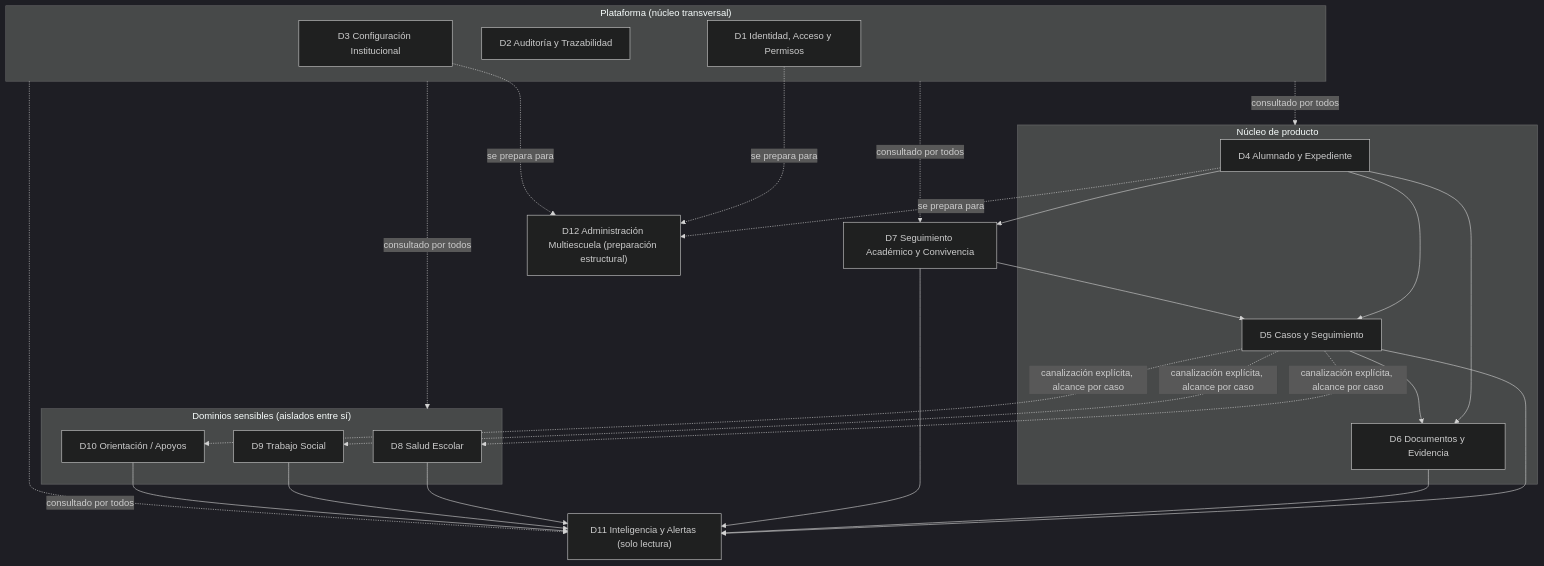
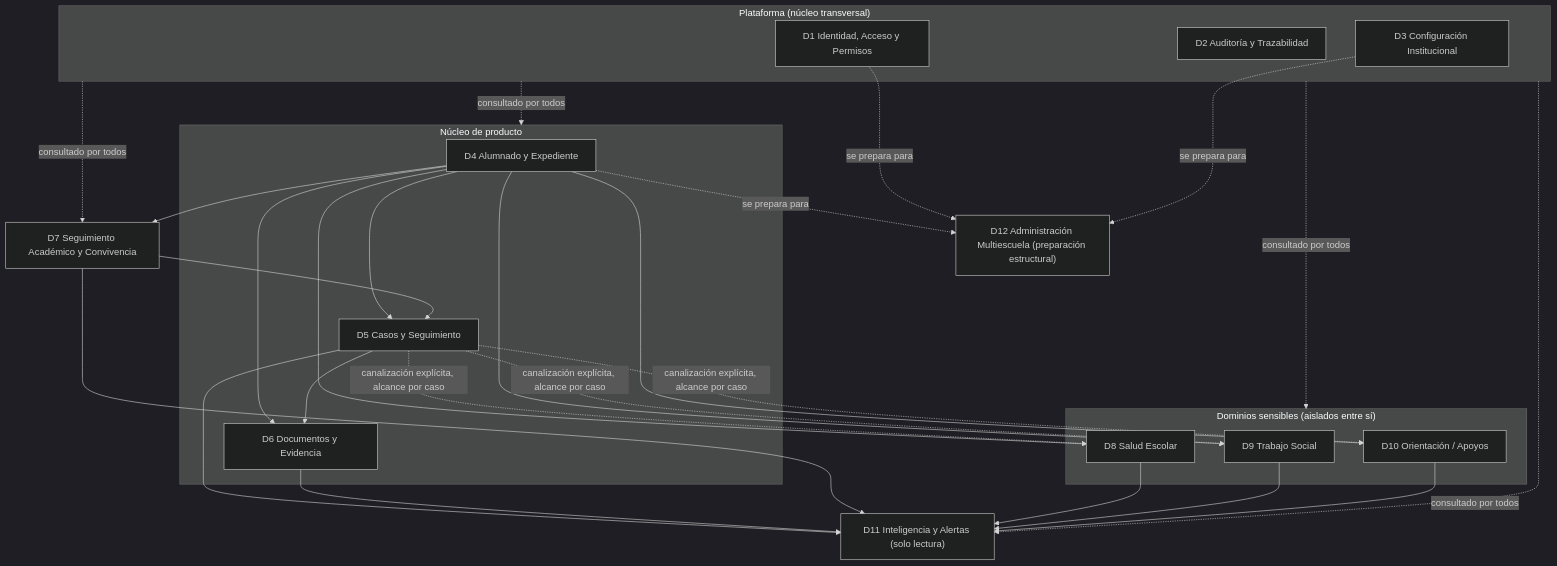
Before and after one commit to cyberbod2025/SASE-ZERO: the first of 2 diagrams in docs/architecture/LOGICAL_ARCHITECTURE.md, drawn with Mermaid (dark theme). The commit also changed other lines of this file, not shown here.

````diff
--- a/docs/architecture/LOGICAL_ARCHITECTURE.md
+++ b/docs/architecture/LOGICAL_ARCHITECTURE.md
@@ -80,50 +80,53 @@
 ```mermaid
 graph TD
     subgraph PLATAFORMA["Plataforma (núcleo transversal)"]
         D1["D1 Identidad, Acceso y Permisos"]
         D2["D2 Auditoría y Trazabilidad"]
         D3["D3 Configuración Institucional"]
     end
 
     subgraph NUCLEO["Núcleo de producto"]
         D4["D4 Alumnado y Expediente"]
         D5["D5 Casos y Seguimiento"]
         D6["D6 Documentos y Evidencia"]
     end
 
     D7["D7 Seguimiento Académico y Convivencia"]
 
     subgraph SENSIBLES["Dominios sensibles (aislados entre sí)"]
         D8["D8 Salud Escolar"]
         D9["D9 Trabajo Social"]
         D10["D10 Orientación / Apoyos"]
     end
 
     D11["D11 Inteligencia y Alertas (solo lectura)"]
     D12["D12 Administración Multiescuela (preparación estructural)"]
 
     D4 --> D5
     D4 --> D6
     D4 --> D7
+    D4 --> D8
+    D4 --> D9
+    D4 --> D10
     D5 --> D6
     D7 --> D5
 
     D5 -. canalización explícita, alcance por caso .-> D8
     D5 -. canalización explícita, alcance por caso .-> D9
     D5 -. canalización explícita, alcance por caso .-> D10
 
     D5 --> D11
     D6 --> D11
     D7 --> D11
     D8 --> D11
     D9 --> D11
     D10 --> D11
 
     PLATAFORMA -. consultado por todos .-> NUCLEO
     PLATAFORMA -. consultado por todos .-> D7
     PLATAFORMA -. consultado por todos .-> SENSIBLES
     PLATAFORMA -. consultado por todos .-> D11
     D1 -. se prepara para .-> D12
     D3 -. se prepara para .-> D12
     D4 -. se prepara para .-> D12
 ```
````
